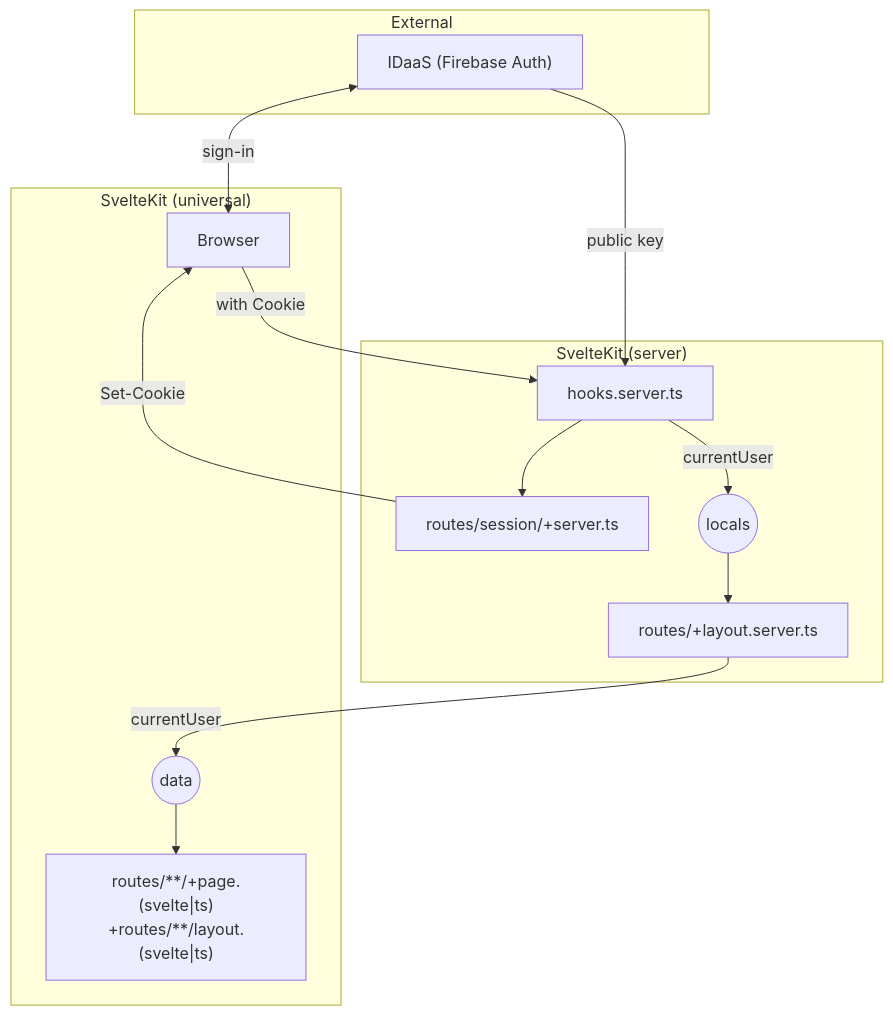
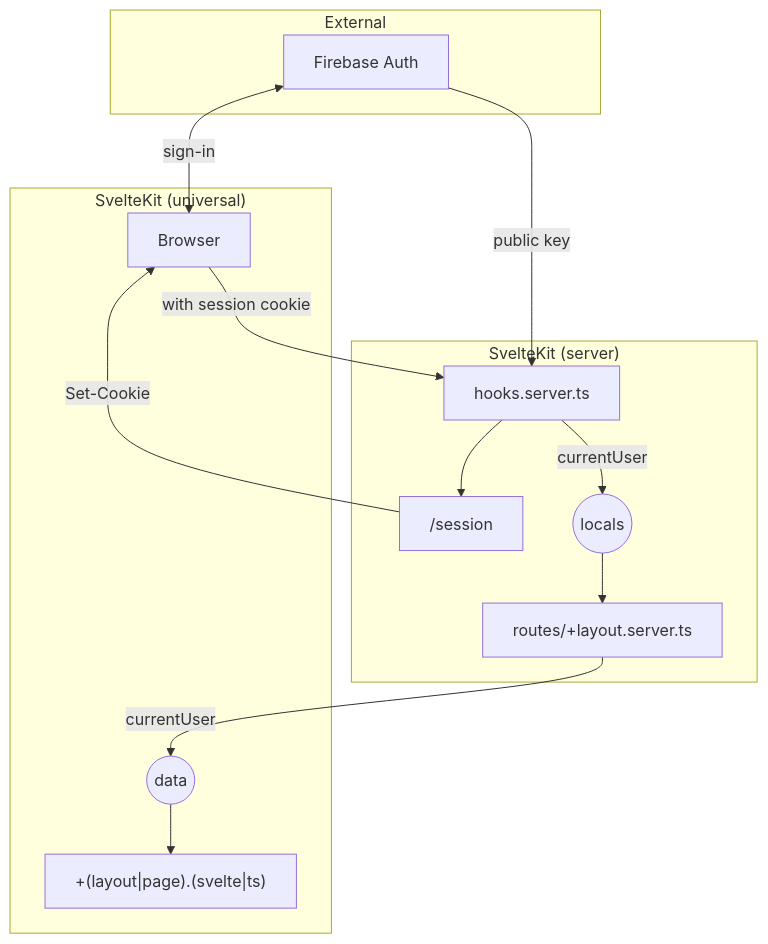
Before and after one commit to MIERUNE/sveltekit-firebase-auth-ssr: the diagram in README.md, drawn with Mermaid. The commit also changed other lines of this file and 13 other files, not shown here.

````diff
--- a/README.md
+++ b/README.md
@@ -21,24 +32,24 @@
 ```mermaid
 graph TB;
     subgraph "External"
-        IDaaS["IDaaS (Firebase Auth)"]
+        IDaaS["Firebase Auth"]
     end
     subgraph "SvelteKit (server)"
         Hooks[hooks.server.ts]
         Layout[routes/+layout.server.ts]
-        Session["routes/session/+server.ts"]
+        Session["/session"]
         locals((locals))
     end
     subgraph "SvelteKit (universal)"
         Client["Browser"]
-        Univ["routes/**/+page.(svelte|ts)\n+routes/**/layout.(svelte|ts)"]
+        Univ["+(layout|page).(svelte|ts)"]
         data((data))
     end
     IDaaS <--sign-in--> Client
     IDaaS --public key--> Hooks
-    Client --with Cookie--> Hooks
+    Client --with session cookie--> Hooks
     Hooks --currentUser--> locals --> Layout
     Hooks --> Session --Set-Cookie--> Client
     Layout --currentUser--> data
     data --> Univ
 ```
````
